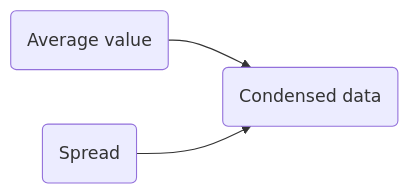
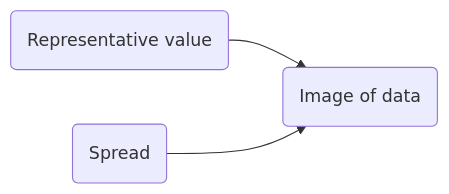
One commit to NBISweden/workshop-mlbiostatistics changed the sixth of 8 diagrams in session-descriptive-presentation/session-descriptive-presentation.qmd. Above: the diagram before and after it, drawn with Mermaid. The commit also changed other lines of this file and 366 other files, not shown here.

````diff
--- a/session-descriptive-presentation/session-descriptive-presentation.qmd
+++ b/session-descriptive-presentation/session-descriptive-presentation.qmd
@@ -796,5 +751,5 @@
 ```{mermaid}
 flowchart LR
-  A(Average value) --> C(Condensed data)
-  B(Spread) --> C(Condensed data)
+  A(Representative value) --> C(Image of data)
+  B(Spread) --> C(Image of data)
 ```
````
